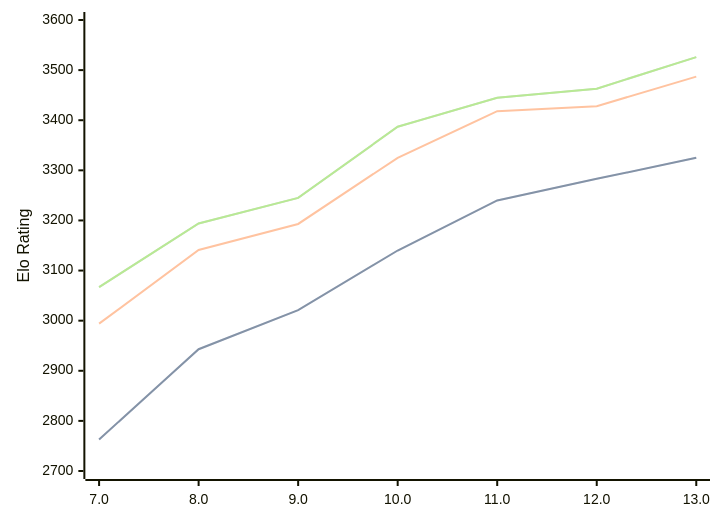
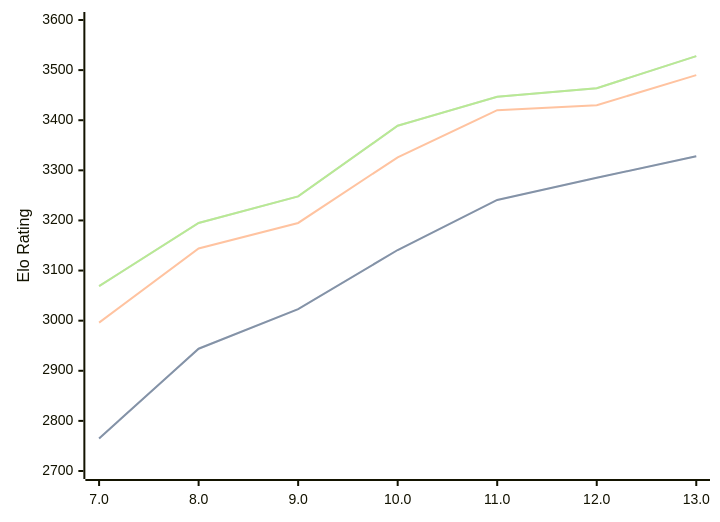
The diagram in engines/Tcheran.md (computer-chess-index/cci), drawn with Mermaid before and after one commit. The commit also changed other lines of this file, not shown here.

Commit message:
Update CCI Ratings (ELO VLTC) - 2026-09-01

````diff
--- a/engines/Tcheran.md
+++ b/engines/Tcheran.md
@@ -37,11 +37,11 @@
 ```mermaid
 %%{init: {"theme":"base","themeVariables":{"seriesColors:['#a3a3a3','#222221','#faa371']}}}%%
 xychart-beta
   x-axis ["7.0", "8.0", "9.0", "10.0", "11.0", "12.0", "13.0"]
   y-axis "Elo Rating" 2700 --> 3600
-  line "" [2763, 2943, 3021, 3140, 3240, 3283, 3325]
-  line "STC (8.0+0.08s)" [2763, 2943, 3021, 3140, 3240, 3283, 3325]
-  line "LTC (60.0+0.60s)" [2994, 3141, 3193, 3325, 3418, 3428, 3487]
-  line "" [3067, 3194, 3245, 3387, 3445, 3463, 3526]
-  line "VLTC (2m24s+1.12s)" [3067, 3194, 3245, 3387, 3445, 3463, 3526]
+  line "" [2765, 2944, 3023, 3141, 3241, 3285, 3328]
+  line "STC (8.0+0.08s)" [2765, 2944, 3023, 3141, 3241, 3285, 3328]
+  line "LTC (60.0+0.60s)" [2996, 3144, 3195, 3326, 3420, 3430, 3490]
+  line "" [3069, 3195, 3248, 3389, 3447, 3464, 3528]
+  line "VLTC (2m24s+1.12s)" [3069, 3195, 3248, 3389, 3447, 3464, 3528]
 ```
````
